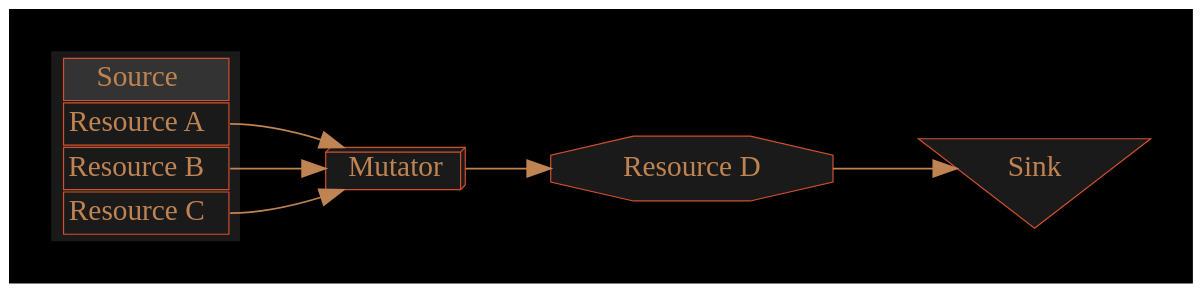
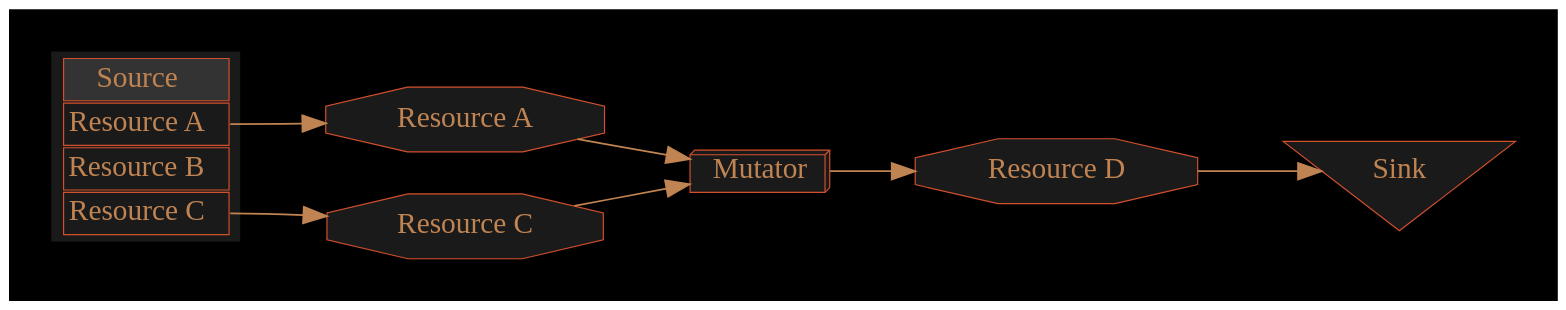
Before and after one commit to cartesiantheatre/handbook: the diagram in Handbook/Source/Game_Mechanics/Images/Legend.gv, drawn with Graphviz. The commit also changed 1 other file, not shown here.

```diff
--- a/Handbook/Source/Game_Mechanics/Images/Legend.gv
+++ b/Handbook/Source/Game_Mechanics/Images/Legend.gv
@@ -1,69 +1,72 @@
 /*
   This is part of the Avaneya Project Crew Handbook.
   Copyright (C) 2010, 2011, 2012
     Kshatra Corp.
   See the file License for copying conditions.
   
   To manually compile:
       $ sudo aptitude install graphviz
       $ dot -Tpdf Resources.gv -o Resources.pdf
 */
 
 // Legend graph...
 digraph Legend {
 
     // Graph attributes...
 	bgcolor="black";
 	fontname="Ubuntu Bold"
     labelfontname="Ubuntu Bold";
 	margin="0";
 	nodesep="0.5 equally";
 	rankdir="LR";
     pad="0.5,0.5";
 
 	// Node attributes...
 	node[color="#d3502dff"];
 	node[fillcolor="gray10"];
     node[fontcolor="#c08453ff"];
     node[fontname="Ubuntu Bold"];
 	node[shape=box];
 	node[style=filled];
 //	node[margin="0.2"];
 	node[fontsize="25"];
 
 	// Edge attributes...
 	edge[color="#c08453ff"];
 	edge[penwidth="1.5"];
 	edge[arrowsize="2.0"];
 	edge[minlen="2.0"];
 	
     // Legends...
     "Sink"[shape="invtriangle"];
     "Resource D"[shape=octagon];
     "Mutator"[shape=box3d];
+    "Resource A"[shape=octagon];
+    "Resource C"[shape=octagon];
     "Source"[
         style = "filled, bold" 
         fontname = "Ubuntu" 
         shape = "none" 
         label =
             <<table border="0" cellborder="1" cellpadding="3" bgcolor="gray10" align="center">
                 <tr>
                     <td bgcolor="gray20" align="center"><font face="Ubuntu Bold">Source</font></td>
                 </tr>
                 <tr>
                     <td align="center" port="r1">Resource A</td>
                 </tr>
                 <tr>
                     <td align="center" port="r2">Resource B</td>
                 </tr>
                 <tr>
                     <td align="center" port="r3">Resource C</td>
                 </tr>
             </table>>];
 
     // Relations...
-    "Source":r1 -> "Mutator";
-    "Source":r2 -> "Mutator";
-    "Source":r3 -> "Mutator";
+    "Source":r1 -> "Resource A";
+    "Source":r3 -> "Resource C";
+    "Resource A" -> "Mutator";
+    "Resource C" -> "Mutator";
     "Mutator" -> "Resource D" -> "Sink";
 }
```
